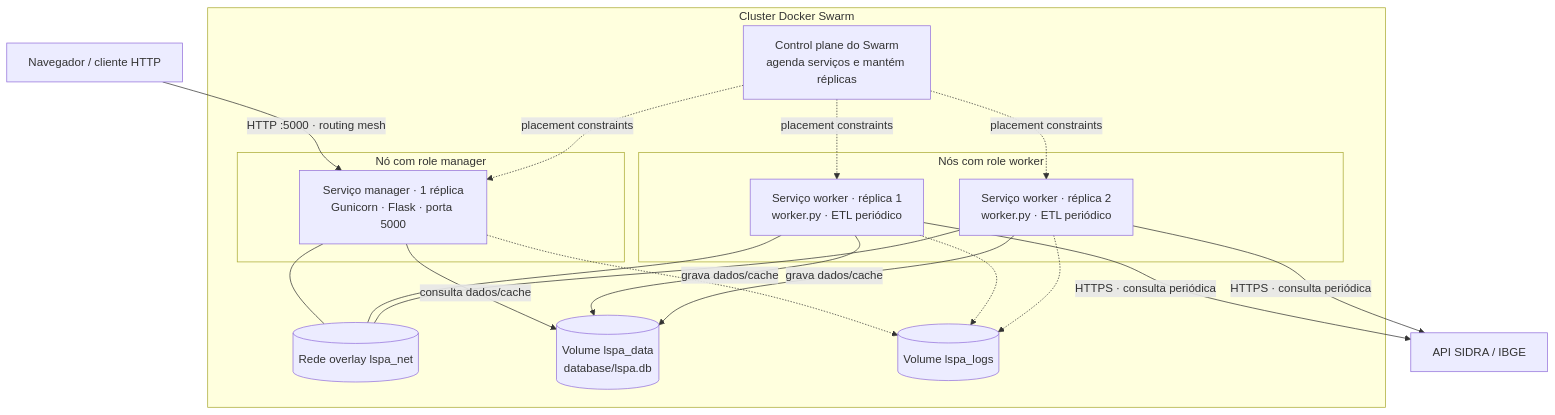
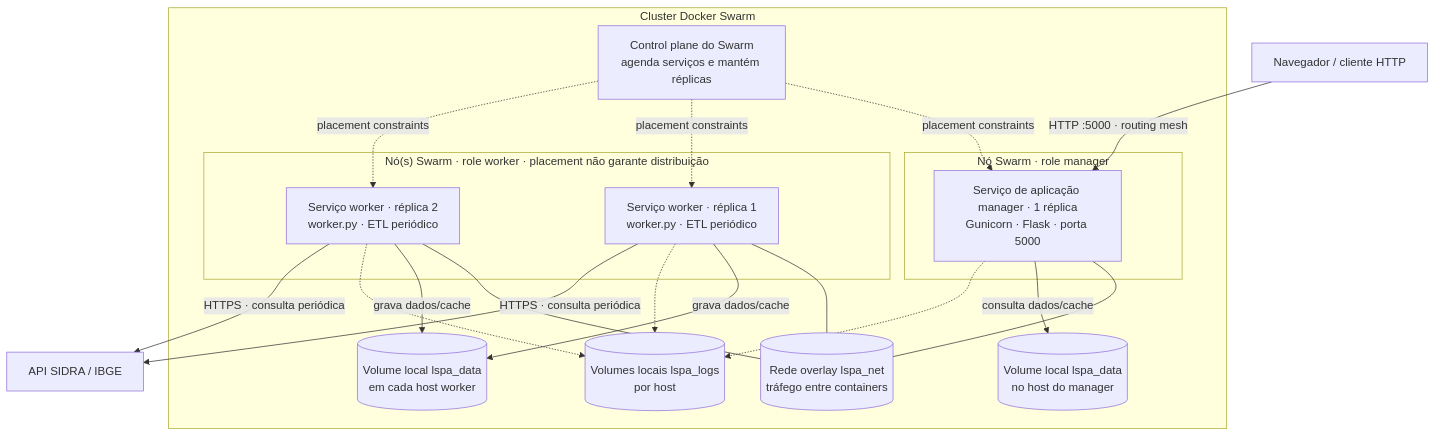
One commit to DomTobias/LSPA_System changed the first of 3 diagrams in README.md. Above: the diagram before and after it, drawn with Mermaid. The commit also changed other lines of this file, not shown here.

````diff
--- a/README.md
+++ b/README.md
@@ -266,35 +267,36 @@
 ```mermaid
 flowchart TB
     navegador["Navegador / cliente HTTP"]
     sidra["API SIDRA / IBGE"]
 
     subgraph swarm["Cluster Docker Swarm"]
         control["Control plane do Swarm<br/>agenda serviços e mantém réplicas"]
-        subgraph manager_node["Nó com role manager"]
-            manager["Serviço manager · 1 réplica<br/>Gunicorn · Flask · porta 5000"]
+        subgraph manager_node["Nó Swarm · role manager"]
+            manager["Serviço de aplicação manager · 1 réplica<br/>Gunicorn · Flask · porta 5000"]
         end
-        subgraph worker_nodes["Nós com role worker"]
+        subgraph worker_nodes["Nó(s) Swarm · role worker · placement não garante distribuição"]
             worker1["Serviço worker · réplica 1<br/>worker.py · ETL periódico"]
             worker2["Serviço worker · réplica 2<br/>worker.py · ETL periódico"]
         end
-        overlay[("Rede overlay lspa_net")]
-        data[("Volume lspa_data<br/>database/lspa.db")]
-        logs[("Volume lspa_logs")]
+        overlay[("Rede overlay lspa_net<br/>tráfego entre containers")]
+        data_mgr[("Volume local lspa_data<br/>no host do manager")]
+        data_worker[("Volume local lspa_data<br/>em cada host worker")]
+        logs[("Volumes locais lspa_logs<br/>por host")]
     end
 
     navegador -->|"HTTP :5000 · routing mesh"| manager
     control -. "placement constraints" .-> manager
     control -. "placement constraints" .-> worker1
     control -. "placement constraints" .-> worker2
     manager --- overlay
     worker1 --- overlay
     worker2 --- overlay
-    manager -->|"consulta dados/cache"| data
-    worker1 -->|"grava dados/cache"| data
-    worker2 -->|"grava dados/cache"| data
+    manager -->|"consulta dados/cache"| data_mgr
+    worker1 -->|"grava dados/cache"| data_worker
+    worker2 -->|"grava dados/cache"| data_worker
     manager -.-> logs
     worker1 -.-> logs
     worker2 -.-> logs
     worker1 -->|"HTTPS · consulta periódica"| sidra
     worker2 -->|"HTTPS · consulta periódica"| sidra
 ```
````
